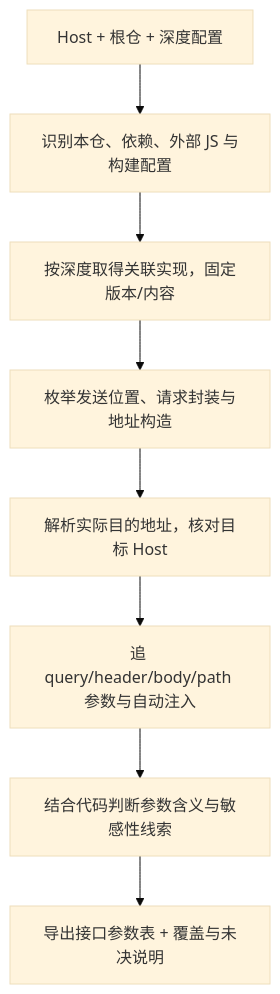
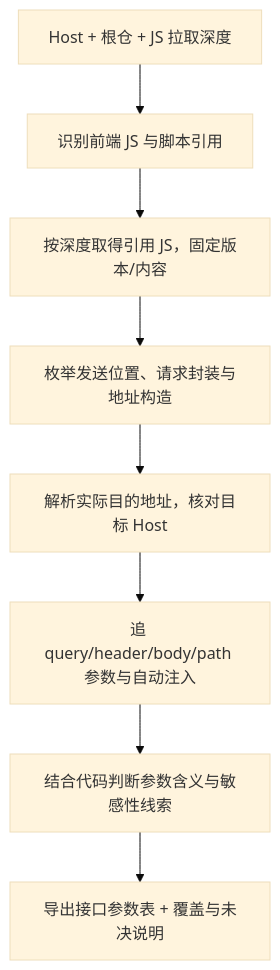
One commit to luohaijiang789/js-security changed the diagram in docs/白盒方案.md. Above: the diagram before and after it, drawn with Mermaid (base theme). The commit also changed other lines of this file and 5 other files, not shown here.

````diff
--- a/docs/白盒方案.md
+++ b/docs/白盒方案.md
@@ -21,10 +21,10 @@
 ```mermaid
 flowchart TD
-    I["Host + 根仓 + 深度配置"] --> A["识别本仓、依赖、外部 JS 与构建配置"]
-    A --> F["按深度取得关联实现，固定版本/内容"]
+    I["Host + 根仓 + JS 拉取深度"] --> A["识别前端 JS 与脚本引用"]
+    A --> F["按深度取得引用 JS，固定版本/内容"]
     F --> S["枚举发送位置、请求封装与地址构造"]
     S --> H["解析实际目的地址，核对目标 Host"]
     H --> P["追 query/header/body/path 参数与自动注入"]
     P --> M["结合代码判断参数含义与敏感性线索"]
     M --> O["导出接口参数表 + 覆盖与未决说明"]
 ```
````
